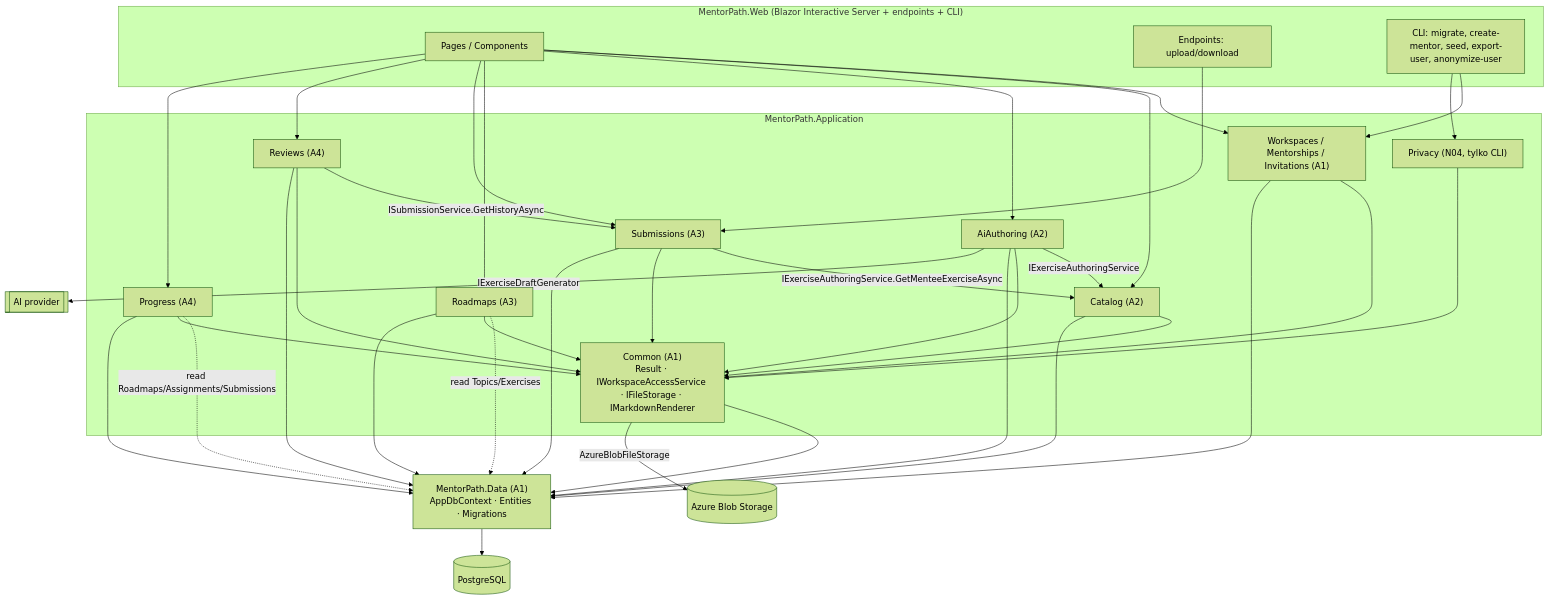
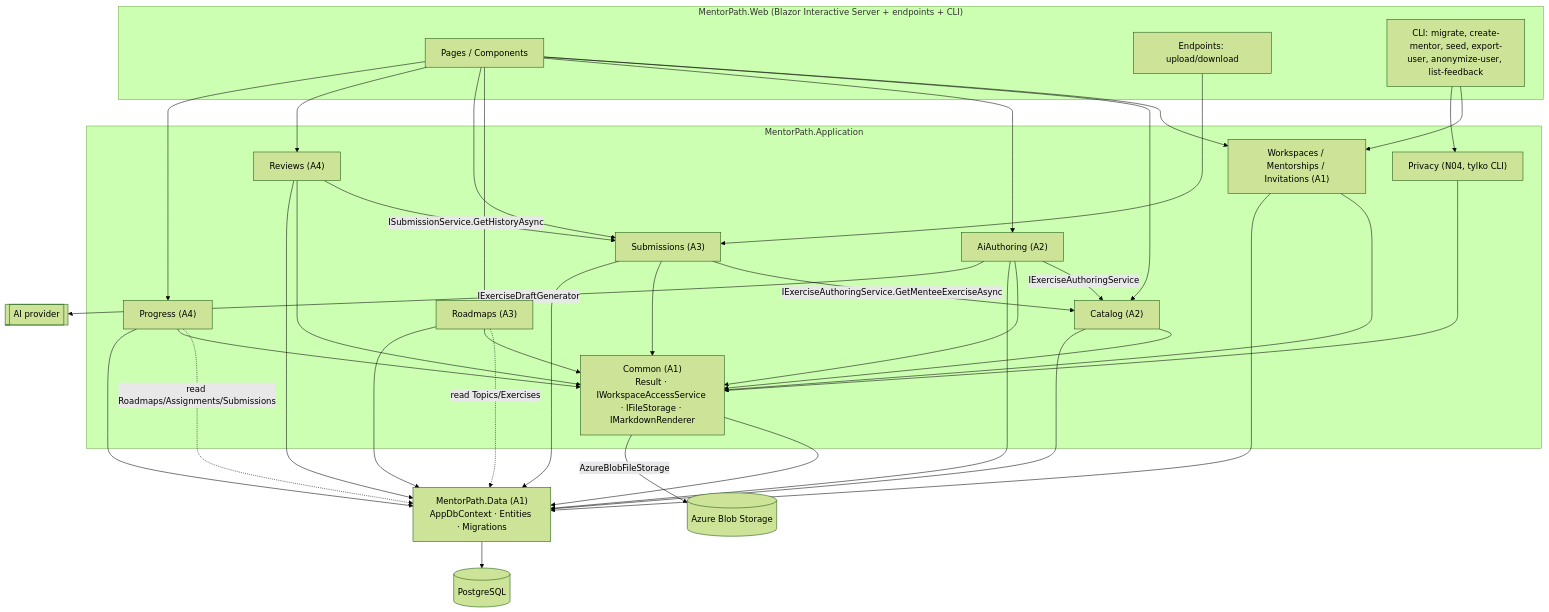
Before and after one commit to szkoladotneta/MentorPath: the diagram in docs/ARCHITECTURE.md, drawn with Mermaid (forest theme). The commit also changed other lines of this file and 22 other files, not shown here.

Commit message:
Add product feedback submission, CLI list and privacy handling (N03)

````diff
--- a/docs/ARCHITECTURE.md
+++ b/docs/ARCHITECTURE.md
@@ -105,38 +105,38 @@
 ```mermaid
 flowchart TB
   subgraph Web["MentorPath.Web (Blazor Interactive Server + endpoints + CLI)"]
     UI[Pages / Components]
     EP[Endpoints: upload/download]
-    CLI[CLI: migrate, create-mentor, seed, export-user, anonymize-user]
+    CLI[CLI: migrate, create-mentor, seed, export-user, anonymize-user, list-feedback]
   end
   subgraph App["MentorPath.Application"]
     COMMON["Common (A1)<br/>Result · IWorkspaceAccessService · IFileStorage · IMarkdownRenderer"]
     WS["Workspaces / Mentorships / Invitations (A1)"]
     CAT["Catalog (A2)"]
     AI["AiAuthoring (A2)"]
     RDM["Roadmaps (A3)"]
     SUB["Submissions (A3)"]
     REV["Reviews (A4)"]
     PRG["Progress (A4)"]
     PRV["Privacy (N04, tylko CLI)"]
   end
   DATA["MentorPath.Data (A1)<br/>AppDbContext · Entities · Migrations"]
   PG[(PostgreSQL)]
   BLOB[(Azure Blob Storage)]
   LLM[[AI provider]]
 
   UI --> WS & CAT & AI & RDM & SUB & REV & PRG
   EP --> SUB
   CLI --> WS & PRV
   AI -->|"IExerciseAuthoringService"| CAT
   RDM -.->|read Topics/Exercises| DATA
   SUB -->|"IExerciseAuthoringService.GetMenteeExerciseAsync"| CAT
   REV -->|"ISubmissionService.GetHistoryAsync"| SUB
   PRG -.->|read Roadmaps/Assignments/Submissions| DATA
   WS & CAT & AI & RDM & SUB & REV & PRG & PRV --> COMMON
   COMMON --> DATA
   WS & CAT & AI & RDM & SUB & REV & PRG --> DATA
   DATA --> PG
   COMMON -->|AzureBlobFileStorage| BLOB
   AI -->|IExerciseDraftGenerator| LLM
 ```
````
